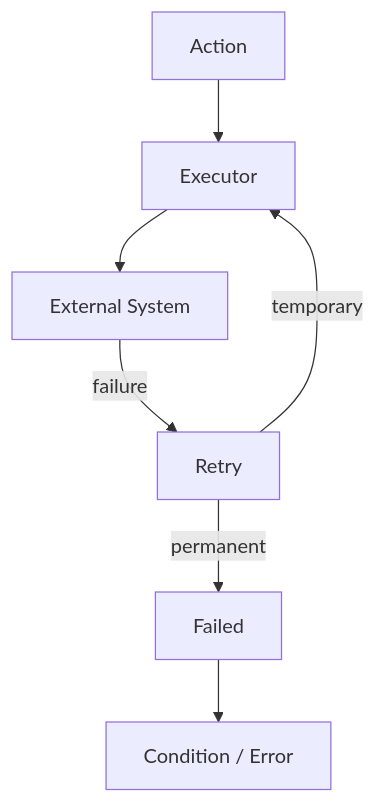
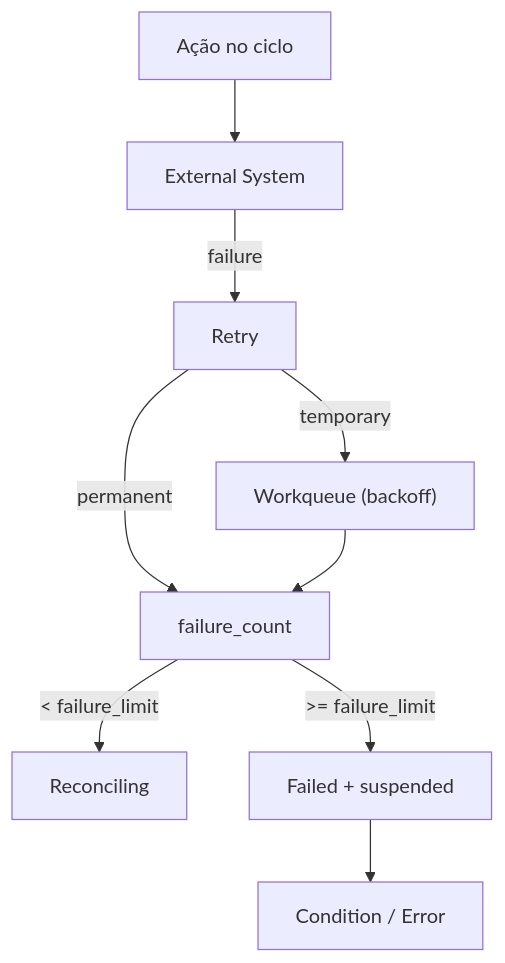
One commit to danielsabatini/smarkee changed diagram 12 of 16 in docs/loop/RESOURCE-CONTROL-LOOP.md. Above: the diagram before and after it, drawn with Mermaid. The commit also changed other lines of this file, not shown here.

````diff
--- a/docs/loop/RESOURCE-CONTROL-LOOP.md
+++ b/docs/loop/RESOURCE-CONTROL-LOOP.md
@@ -1044,17 +912,19 @@
 ```mermaid
 flowchart TB
 
-    Action["Action"]
-    Executor["Executor"]
+    Act["Ação no ciclo"]
     External["External System"]
 
-    Action --> Executor
-    Executor --> External
+    Act --> External
 
     External -->|failure| Retry["Retry"]
 
-    Retry -->|temporary| Executor
-    Retry -->|permanent| Failed["Failed"]
+    Retry -->|temporary| Queue["Workqueue (backoff)"]
+    Retry -->|permanent| Count["failure_count"]
+    Queue --> Count
+
+    Count -->|"< failure_limit"| Reconciling["Reconciling"]
+    Count -->|">= failure_limit"| Failed["Failed + suspended"]
 
     Failed --> Condition["Condition / Error"]
 ```
````
